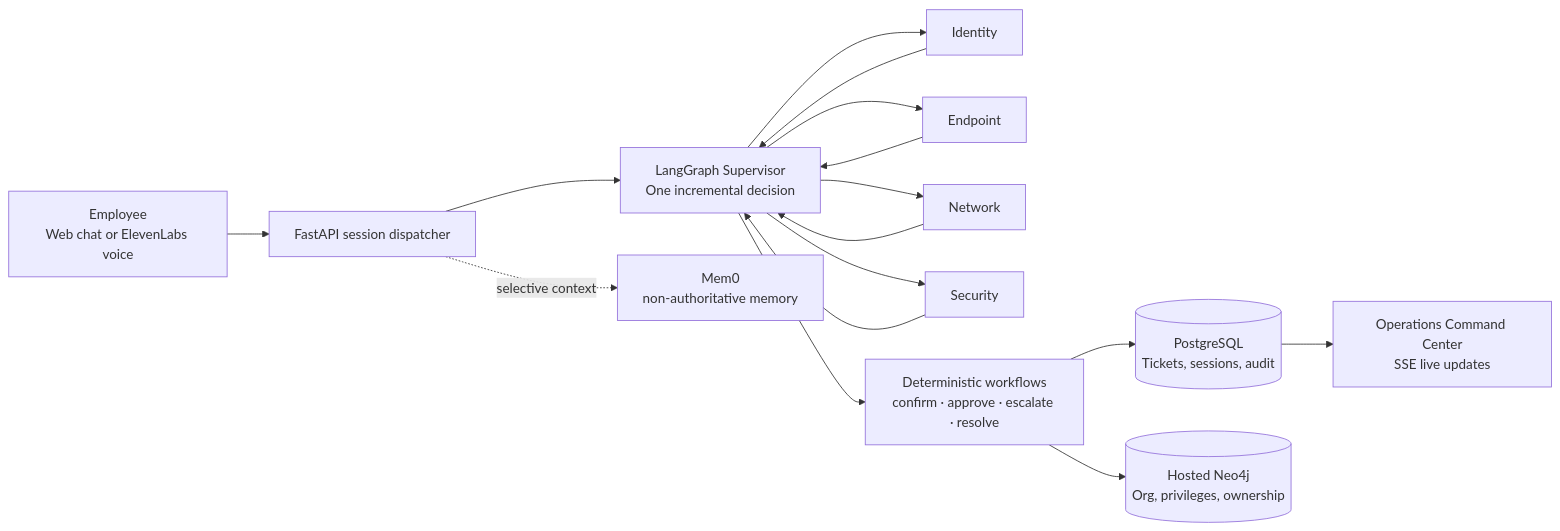
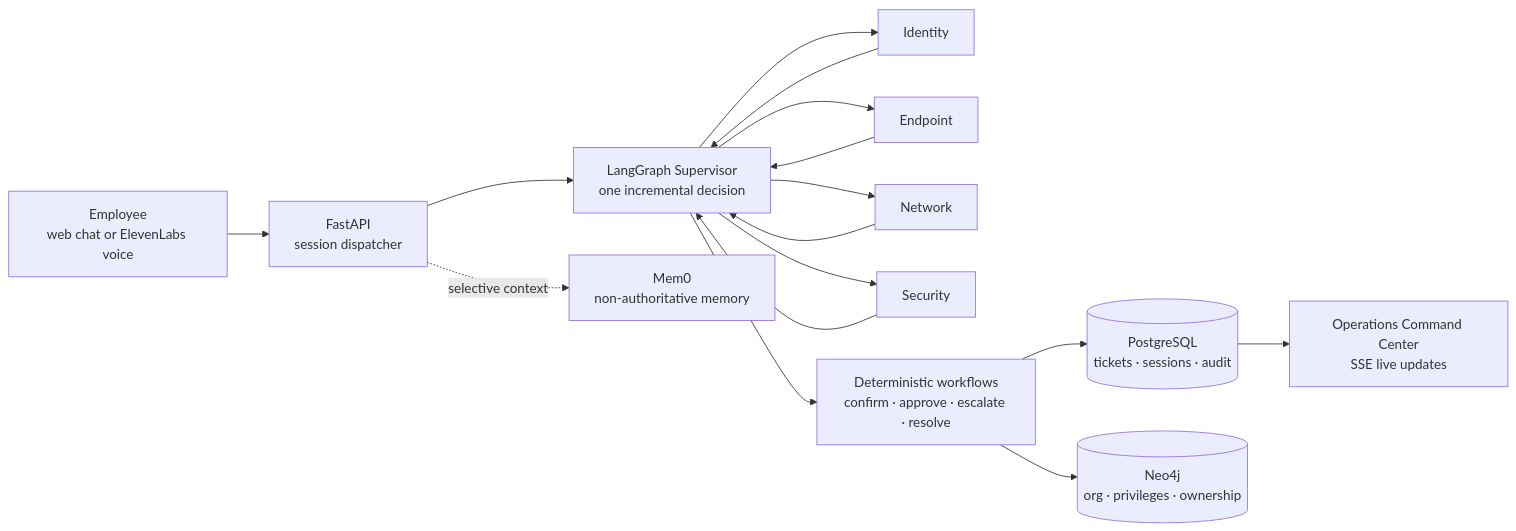
Before and after one commit to GauthamGuganesh/multiagent-employee-itsupport: the diagram in README.md, drawn with Mermaid. The commit also changed other lines of this file, not shown here.

First line of the commit message:
Rewrite README as a navigable architecture + run guide

````diff
--- a/README.md
+++ b/README.md
@@ -26,15 +69,18 @@
 ```mermaid
 flowchart LR
-    E[Employee\nWeb chat or ElevenLabs voice] --> API[FastAPI session dispatcher]
-    API --> S[LangGraph Supervisor\nOne incremental decision]
+    E[Employee<br/>web chat or ElevenLabs voice] --> API[FastAPI<br/>session dispatcher]
+    API --> S[LangGraph Supervisor<br/>one incremental decision]
     S --> I[Identity]
     S --> D[Endpoint]
     S --> N[Network]
     S --> C[Security]
-    I & D & N & C --> S
-    S --> W[Deterministic workflows\nconfirm · approve · escalate · resolve]
-    W --> P[(PostgreSQL\nTickets, sessions, audit)]
-    W --> G[(Hosted Neo4j\nOrg, privileges, ownership)]
-    API -. selective context .-> M[Mem0\nnon-authoritative memory]
-    P --> O[Operations Command Center\nSSE live updates]
+    I --> S
+    D --> S
+    N --> S
+    C --> S
+    S --> W[Deterministic workflows<br/>confirm · approve · escalate · resolve]
+    W --> P[(PostgreSQL<br/>tickets · sessions · audit)]
+    W --> G[(Neo4j<br/>org · privileges · ownership)]
+    API -. selective context .-> M[Mem0<br/>non-authoritative memory]
+    P --> O[Operations Command Center<br/>SSE live updates]
 ```
````
